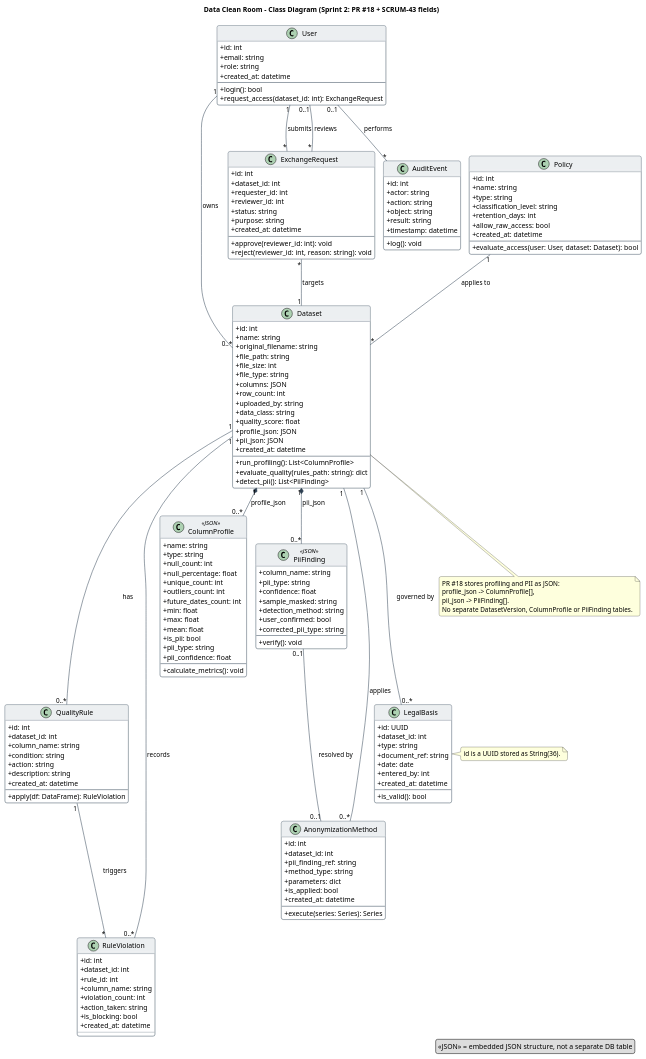
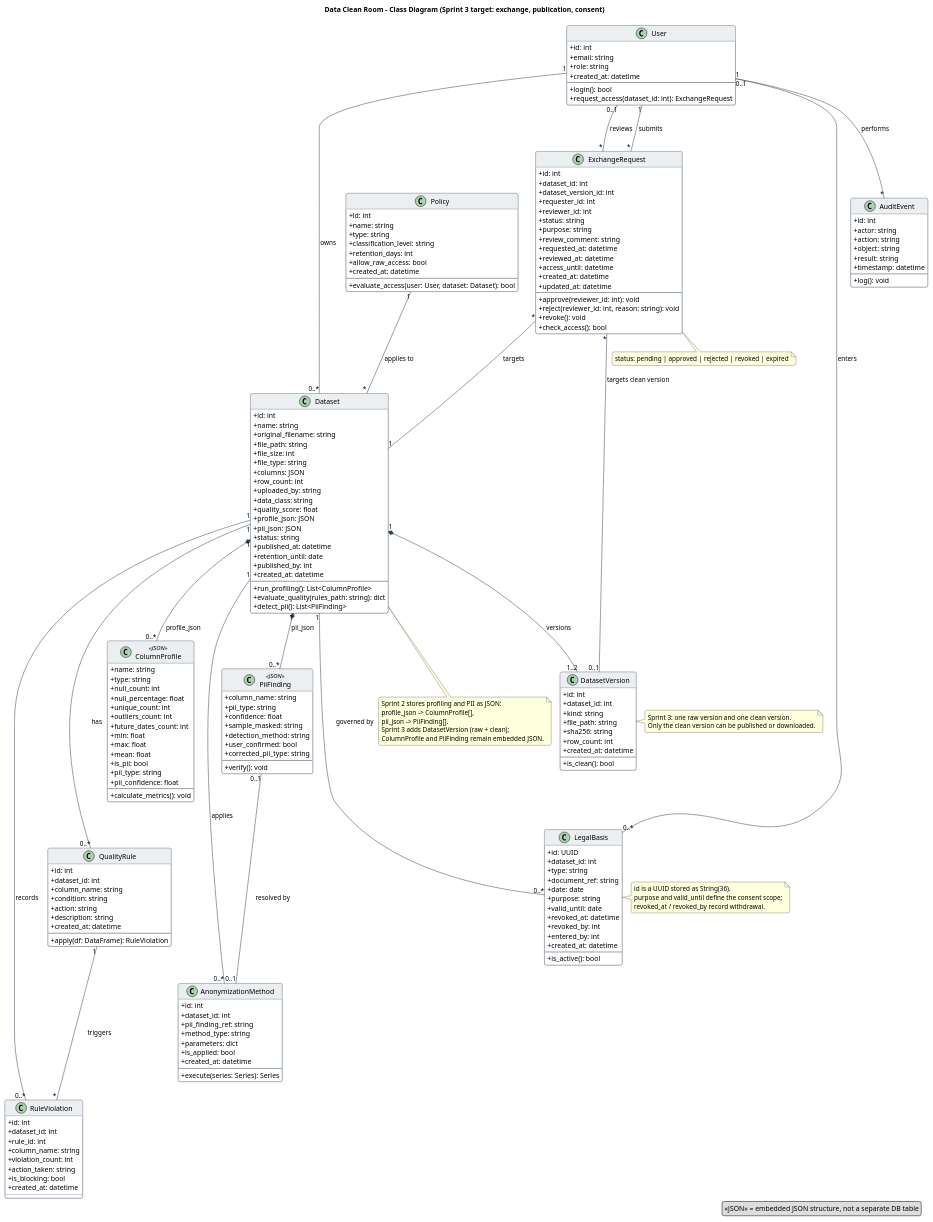
One commit to olesJS/data_clean_room changed the diagram in docs/architecture/class-diagram.puml. Above: the diagram before and after it, drawn with PlantUML. The commit also changed 7 other files, not shown here.

Commit message:
docs(SCRUM-59): add exchange and publication sequence diagrams

```diff
--- a/docs/architecture/class-diagram.puml
+++ b/docs/architecture/class-diagram.puml
@@ -13,7 +13,7 @@
     HeaderBackgroundColor #ECEFF1
 }
 
-title Data Clean Room - Class Diagram (Sprint 2: PR #18 + SCRUM-43 fields)
+title Data Clean Room - Class Diagram (Sprint 3 target: exchange, publication, consent)
 
 ' ==========================================
 ' Core entities
@@ -55,11 +55,27 @@
     + quality_score: float
     + profile_json: JSON
     + pii_json: JSON
+    + status: string
+    + published_at: datetime
+    + retention_until: date
+    + published_by: int
     + created_at: datetime
     --
     + run_profiling(): List<ColumnProfile>
     + evaluate_quality(rules_path: string): dict
     + detect_pii(): List<PiiFinding>
+}
+
+class DatasetVersion {
+    + id: int
+    + dataset_id: int
+    + kind: string
+    + file_path: string
+    + sha256: string
+    + row_count: int
+    + created_at: datetime
+    --
+    + is_clean(): bool
 }
 
 class QualityRule {
@@ -135,23 +151,35 @@
     + type: string
     + document_ref: string
     + date: date
+    + purpose: string
+    + valid_until: date
+    + revoked_at: datetime
+    + revoked_by: int
     + entered_by: int
     + created_at: datetime
     --
-    + is_valid(): bool
+    + is_active(): bool
 }
 
 class ExchangeRequest {
     + id: int
     + dataset_id: int
+    + dataset_version_id: int
     + requester_id: int
     + reviewer_id: int
     + status: string
     + purpose: string
+    + review_comment: string
+    + requested_at: datetime
+    + reviewed_at: datetime
+    + access_until: datetime
     + created_at: datetime
+    + updated_at: datetime
     --
     + approve(reviewer_id: int): void
     + reject(reviewer_id: int, reason: string): void
+    + revoke(): void
+    + check_access(): bool
 }
 
 class AuditEvent {
@@ -176,10 +204,13 @@
 Dataset "1" --- "0..*" QualityRule : has >
 Dataset "1" --- "0..*" RuleViolation : records >
 Dataset "1" --- "0..*" AnonymizationMethod : applies >
+Dataset "1" *-- "1..2" DatasetVersion : versions >
 Dataset "1" *-- "0..*" ColumnProfile : profile_json >
 Dataset "1" *-- "0..*" PiiFinding : pii_json >
 
 ExchangeRequest "*" --- "1" Dataset : targets >
+ExchangeRequest "*" --- "0..1" DatasetVersion : targets clean version >
+User "1" --- "0..*" LegalBasis : enters >
 User "1" --- "*" ExchangeRequest : submits >
 User "0..1" --- "*" ExchangeRequest : reviews >
 User "0..1" --- "*" AuditEvent : performs >
@@ -188,14 +219,26 @@
 PiiFinding "0..1" --- "0..1" AnonymizationMethod : resolved by >
 
 note bottom of Dataset
-  PR #18 stores profiling and PII as JSON:
+  Sprint 2 stores profiling and PII as JSON:
   profile_json -> ColumnProfile[],
   pii_json -> PiiFinding[].
-  No separate DatasetVersion, ColumnProfile or PiiFinding tables.
+  Sprint 3 adds DatasetVersion (raw + clean);
+  ColumnProfile and PiiFinding remain embedded JSON.
+end note
+
+note right of DatasetVersion
+  Sprint 3: one raw version and one clean version.
+  Only the clean version can be published or downloaded.
 end note
 
 note right of LegalBasis
   id is a UUID stored as String(36).
+  purpose and valid_until define the consent scope;
+  revoked_at / revoked_by record withdrawal.
+end note
+
+note bottom of ExchangeRequest
+  status: pending | approved | rejected | revoked | expired
 end note
 
 legend right
```
